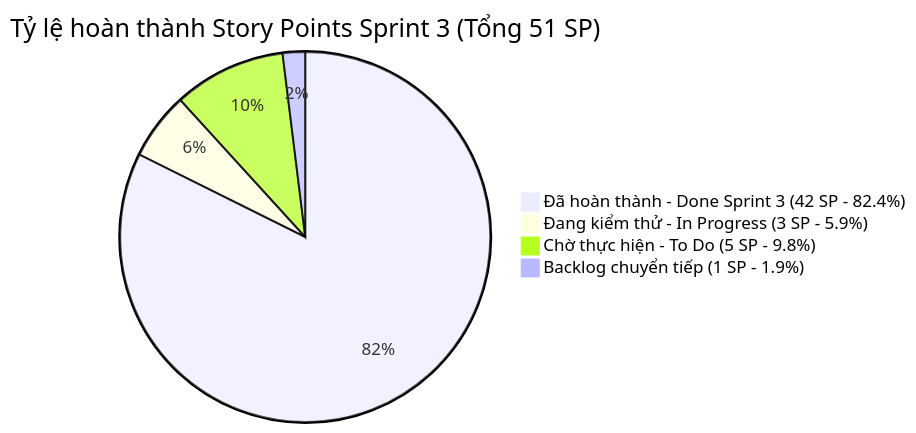
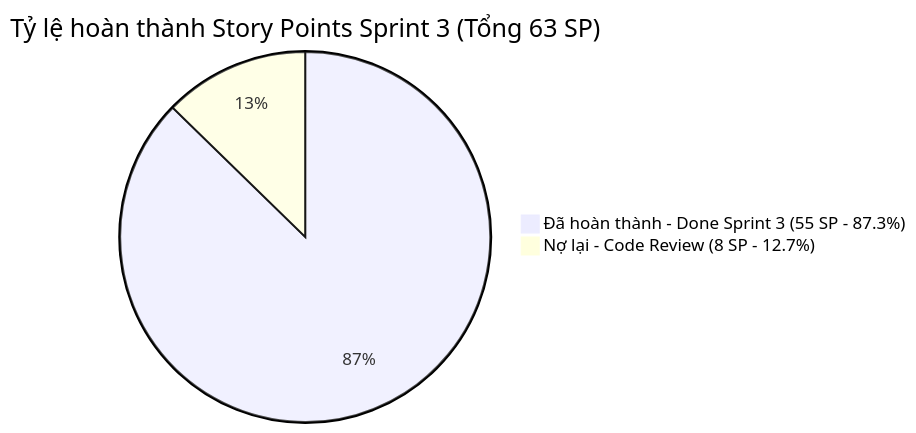
Before and after one commit to phamcongthanhvn2k6/traveleasy-platform: the diagram in docs/04-agile-and-sprints/BAO_CAO_TIEN_DO_SPRINT_3_MOI_NHAT.md, drawn with Mermaid. The commit also changed other lines of this file and 3 other files, not shown here.

````diff
--- a/docs/04-agile-and-sprints/BAO_CAO_TIEN_DO_SPRINT_3_MOI_NHAT.md
+++ b/docs/04-agile-and-sprints/BAO_CAO_TIEN_DO_SPRINT_3_MOI_NHAT.md
@@ -21,7 +19,5 @@
 ```mermaid
-pie title Tỷ lệ hoàn thành Story Points Sprint 3 (Tổng 51 SP)
-    "Đã hoàn thành - Done Sprint 3 (42 SP - 82.4%)" : 42
-    "Đang kiểm thử - In Progress (3 SP - 5.9%)" : 3
-    "Chờ thực hiện - To Do (5 SP - 9.8%)" : 5
-    "Backlog chuyển tiếp (1 SP - 1.9%)" : 1
+pie title Tỷ lệ hoàn thành Story Points Sprint 3 (Tổng 63 SP)
+    "Đã hoàn thành - Done Sprint 3 (55 SP - 87.3%)" : 55
+    "Nợ lại - Code Review (8 SP - 12.7%)" : 8
 ```
````
